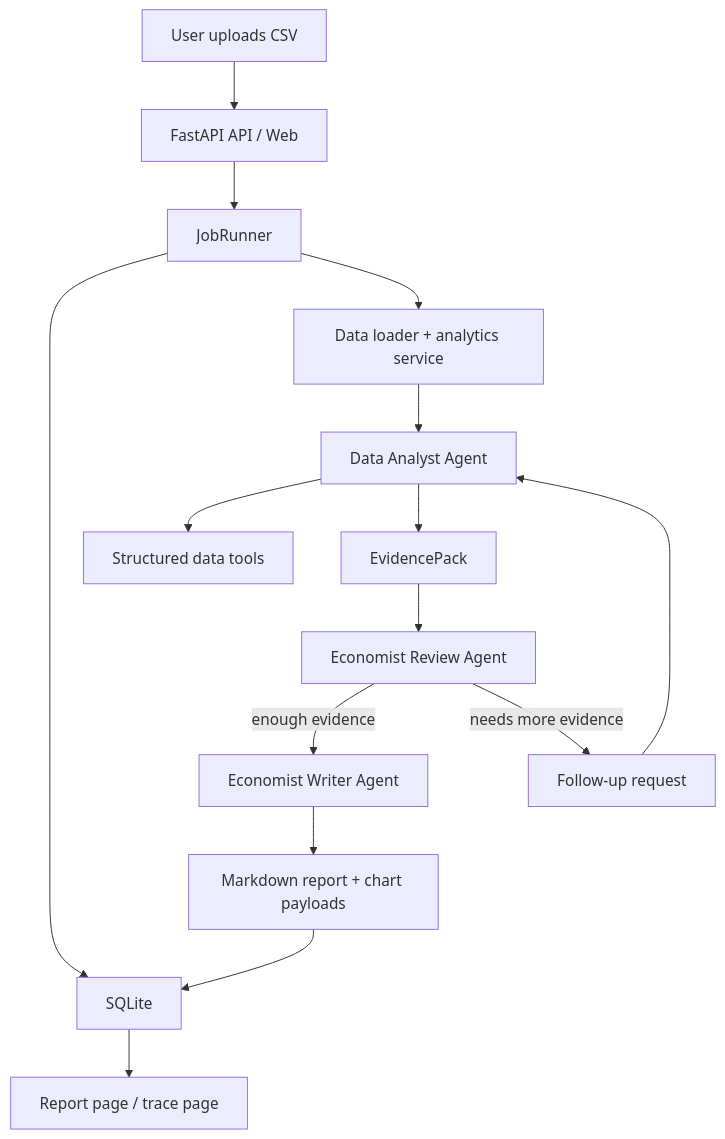
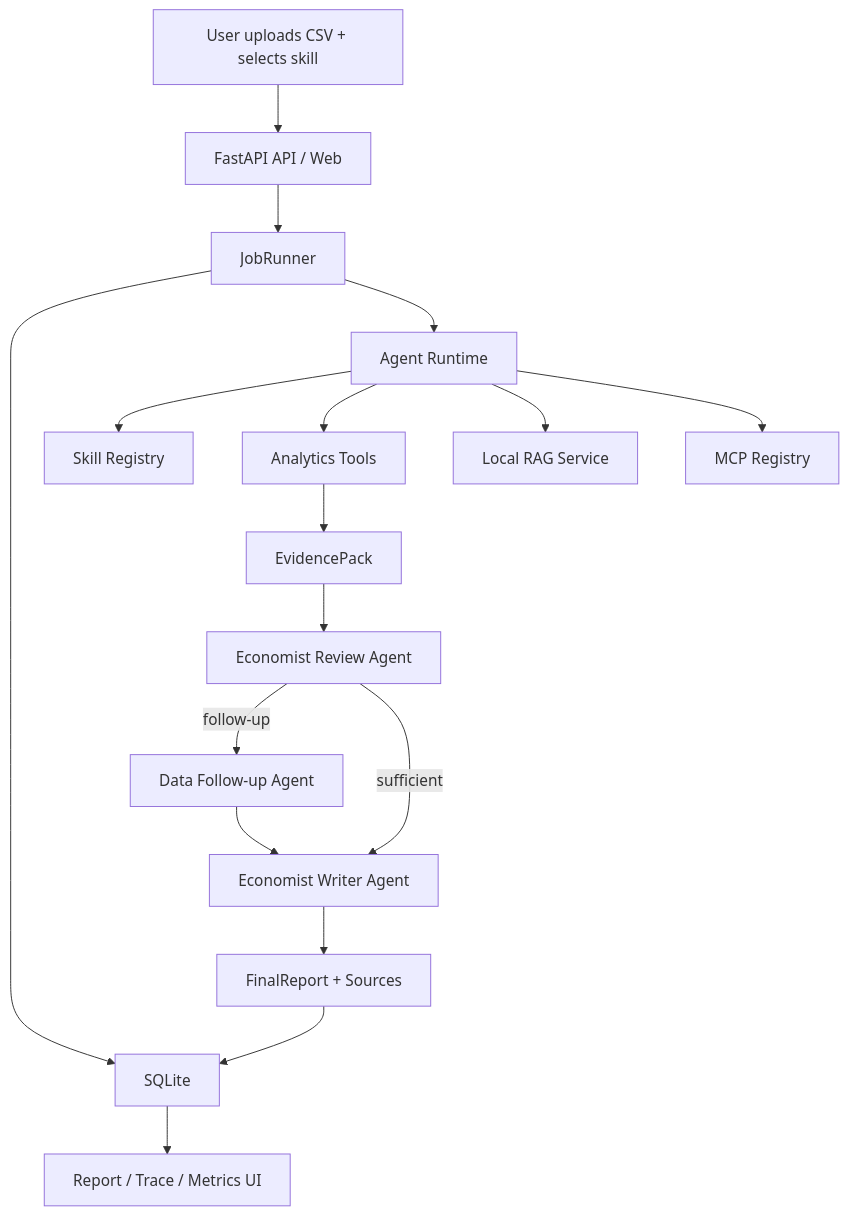
The diagram in README.md (Jshhf/Economic-Ai-Agent), drawn with Mermaid before and after one commit. The commit also changed other lines of this file and 32 other files, not shown here.

Commit message:
Upgrade economic agent into skill-driven runtime platform

````diff
--- a/README.md
+++ b/README.md
@@ -55,17 +82,19 @@
 ```mermaid
 flowchart TD
-    U["User uploads CSV"] --> API["FastAPI API / Web"]
+    U["User uploads CSV + selects skill"] --> API["FastAPI API / Web"]
     API --> JOB["JobRunner"]
     JOB --> DB["SQLite"]
-    JOB --> LOAD["Data loader + analytics service"]
-    LOAD --> DAA["Data Analyst Agent"]
-    DAA --> TOOLS["Structured data tools"]
-    DAA --> EP["EvidencePack"]
-    EP --> ERA["Economist Review Agent"]
-    ERA -->|enough evidence| EWA["Economist Writer Agent"]
-    ERA -->|needs more evidence| FUP["Follow-up request"]
-    FUP --> DAA
-    EWA --> REP["Markdown report + chart payloads"]
+    JOB --> RT["Agent Runtime"]
+    RT --> SK["Skill Registry"]
+    RT --> DATA["Analytics Tools"]
+    RT --> RAG["Local RAG Service"]
+    RT --> MCP["MCP Registry"]
+    DATA --> EP["EvidencePack"]
+    EP --> REVIEW["Economist Review Agent"]
+    REVIEW -->|follow-up| FUP["Data Follow-up Agent"]
+    REVIEW -->|sufficient| WRITE["Economist Writer Agent"]
+    FUP --> WRITE
+    WRITE --> REP["FinalReport + Sources"]
     REP --> DB
-    DB --> UI["Report page / trace page"]
+    DB --> UI["Report / Trace / Metrics UI"]
 ```
````
